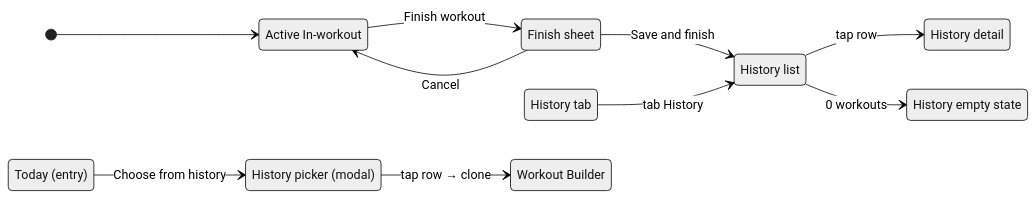
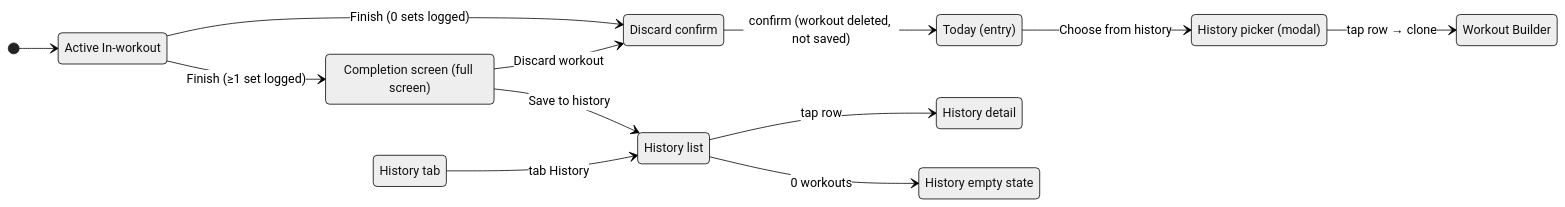
One commit to MaxKibets/kachka changed the fifth of 6 diagrams in docs/wireframes/flow.md. Above: the diagram before and after it, drawn with Mermaid (neutral theme). The commit also changed other lines of this file and 7 other files, not shown here.

First line of the commit message:
docs: resolve v1 behavior-gap UX decisions and finish flow

````diff
--- a/docs/wireframes/flow.md
+++ b/docs/wireframes/flow.md
@@ -184,24 +187,27 @@
 ```mermaid
 stateDiagram-v2
     direction LR
     [*] --> InWorkout
-    InWorkout --> FinishSheet: Finish workout
-    FinishSheet --> HistoryList: Save and finish
-    FinishSheet --> InWorkout: Cancel
+    InWorkout --> CompletionScreen: Finish (≥1 set logged)
+    InWorkout --> ConfirmDiscard: Finish (0 sets logged)
+    CompletionScreen --> HistoryList: Save to history
+    CompletionScreen --> ConfirmDiscard: Discard workout
+    ConfirmDiscard --> TodayHasHistory: confirm (workout deleted, not saved)
 
     HistoryTab --> HistoryList: tab History
     HistoryList --> HistoryDetail: tap row
     HistoryList --> HistoryEmpty: 0 workouts
     TodayHasHistory --> HistoryPicker: Choose from history
     HistoryPicker --> Builder: tap row → clone
 
     state "Active In-workout" as InWorkout
-    state "Finish sheet" as FinishSheet
+    state "Completion screen (full screen)" as CompletionScreen
+    state "Discard confirm" as ConfirmDiscard
     state "History list" as HistoryList
     state "History detail" as HistoryDetail
     state "History empty state" as HistoryEmpty
     state "History picker (modal)" as HistoryPicker
     state "Today (entry)" as TodayHasHistory
     state "History tab" as HistoryTab
     state "Workout Builder" as Builder
 ```
````
